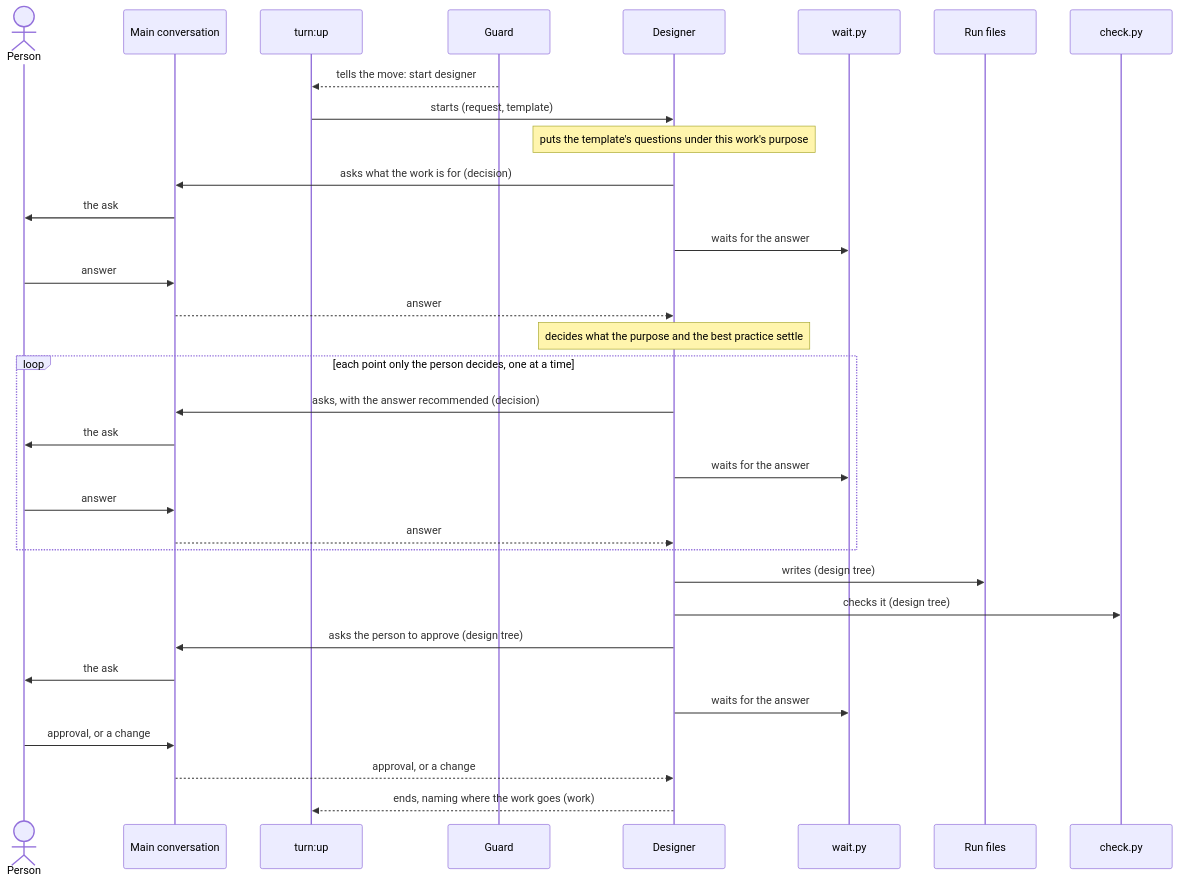
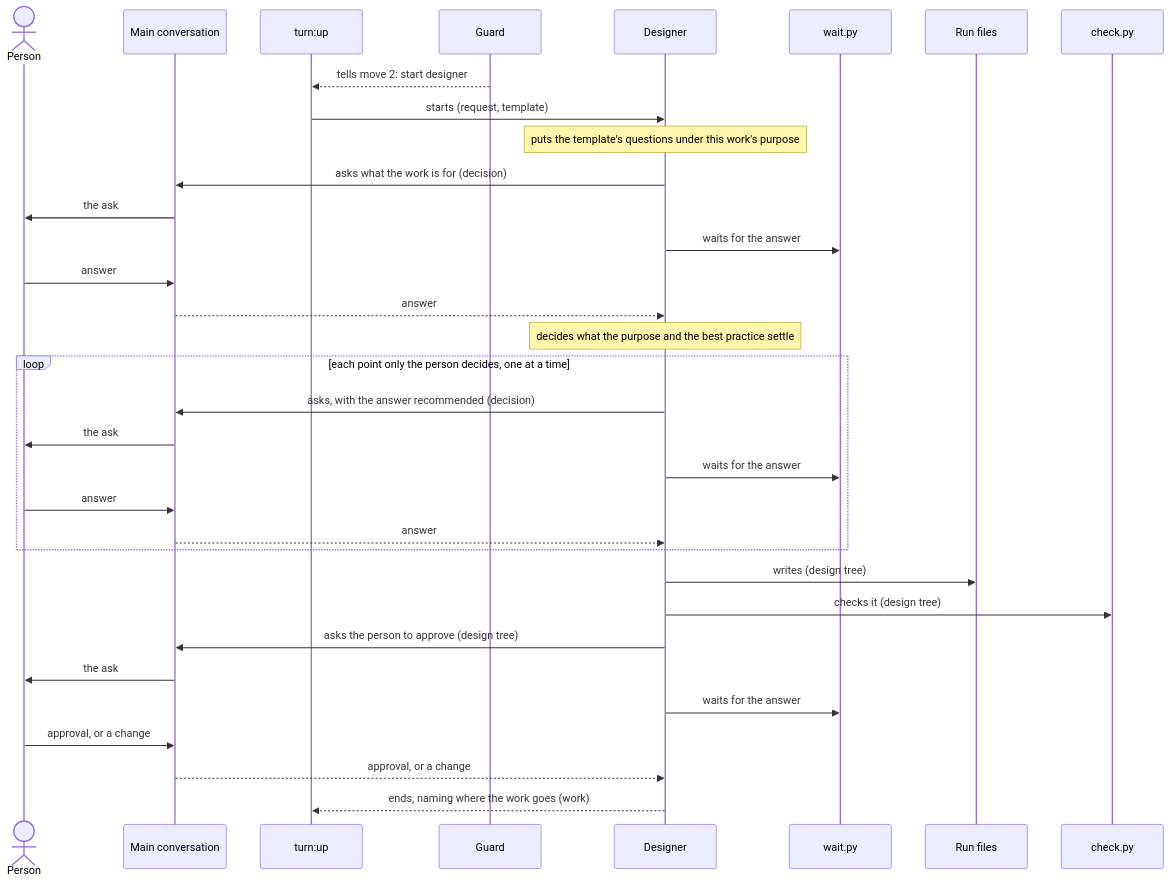
Before and after one commit to lovaizu/ccpm: the third of 6 diagrams in dev/turn/architecture.md, drawn with Mermaid. The commit also changed other lines of this file and 1 other file, not shown here.

````diff
--- a/dev/turn/architecture.md
+++ b/dev/turn/architecture.md
@@ -293,35 +304,35 @@
 ```mermaid
 sequenceDiagram
   actor P as Person
   participant M as Main conversation
   participant U as turn:up
   participant G as Guard
   participant D as Designer
   participant WT as wait.py
   participant R as Run files
   participant C as check.py
-  G-->>U: tells the move: start designer
+  G-->>U: tells move 2: start designer
   U->>D: starts (request, template)
   Note over D: puts the template's questions under this work's purpose
   D->>M: asks what the work is for (decision)
   M->>P: the ask
   D->>WT: waits for the answer
   P->>M: answer
   M-->>D: answer
   Note over D: decides what the purpose and the best practice settle
   loop each point only the person decides, one at a time
     D->>M: asks, with the answer recommended (decision)
     M->>P: the ask
     D->>WT: waits for the answer
     P->>M: answer
     M-->>D: answer
   end
   D->>R: writes (design tree)
   D->>C: checks it (design tree)
   D->>M: asks the person to approve (design tree)
   M->>P: the ask
   D->>WT: waits for the answer
   P->>M: approval, or a change
   M-->>D: approval, or a change
   D-->>U: ends, naming where the work goes (work)
 ```
````
